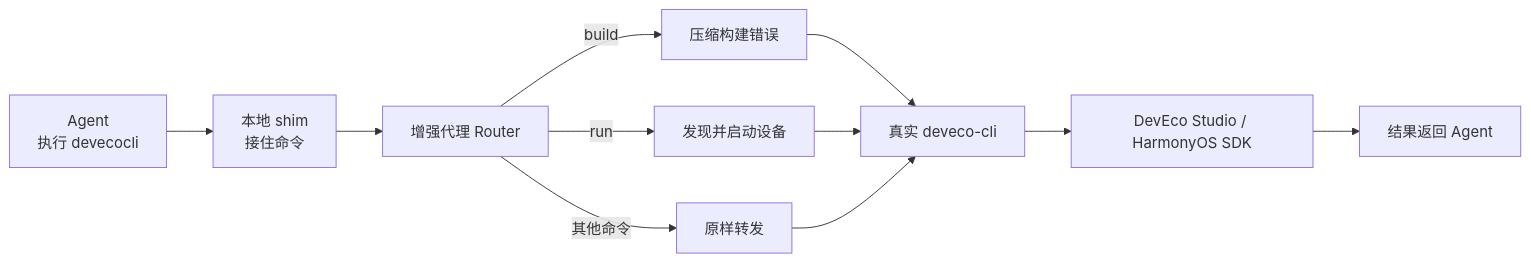
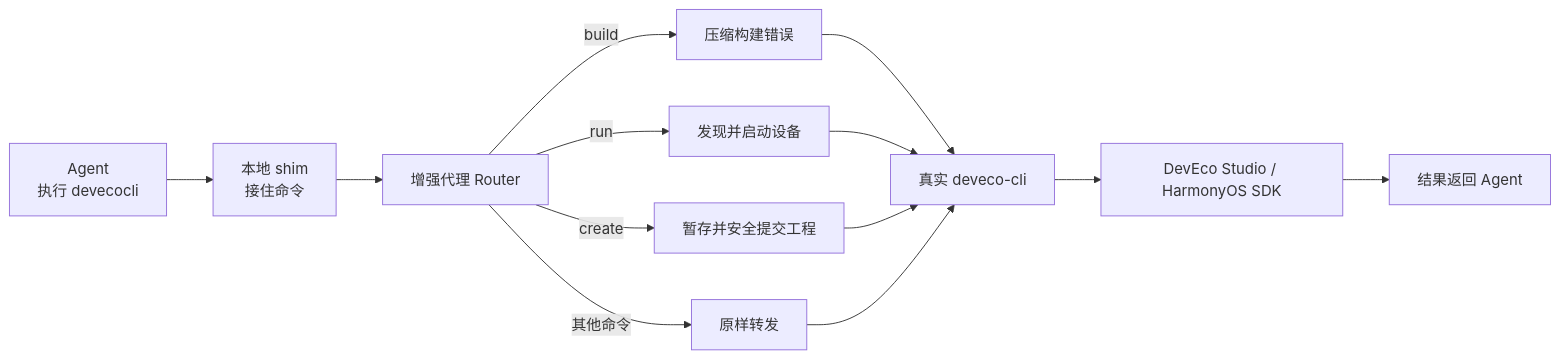
The diagram in docs/deveco-cli-proxy-architecture.md (WenYin-Community/deveco-code-linux), drawn with Mermaid before and after one commit. The commit also changed other lines of this file and 3 other files, not shown here.

````diff
--- a/docs/deveco-cli-proxy-architecture.md
+++ b/docs/deveco-cli-proxy-architecture.md
@@ -9,16 +9,18 @@
 ```mermaid
 flowchart LR
     Agent["Agent<br/>执行 devecocli"] --> Shim["本地 shim<br/>接住命令"]
     Shim --> Router["增强代理 Router"]
 
     Router -->|"build"| Build["压缩构建错误"]
     Router -->|"run"| Run["发现并启动设备"]
+    Router -->|"create"| Create["暂存并安全提交工程"]
     Router -->|"其他命令"| Pass["原样转发"]
 
     Build --> CLI["真实 deveco-cli"]
     Run --> CLI
+    Create --> CLI
     Pass --> CLI
 
     CLI --> SDK["DevEco Studio / HarmonyOS SDK"]
     SDK --> Result["结果返回 Agent"]
 ```
````
